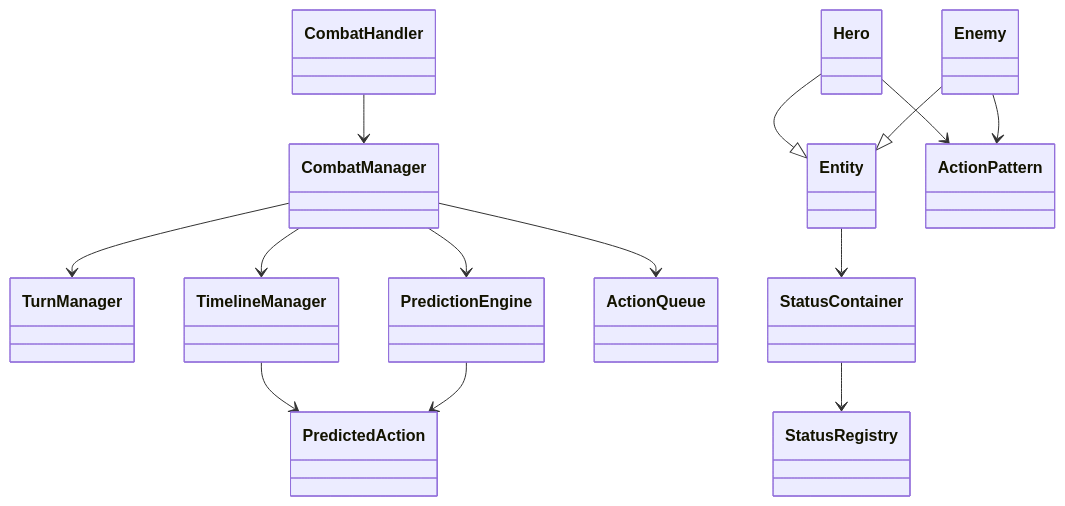
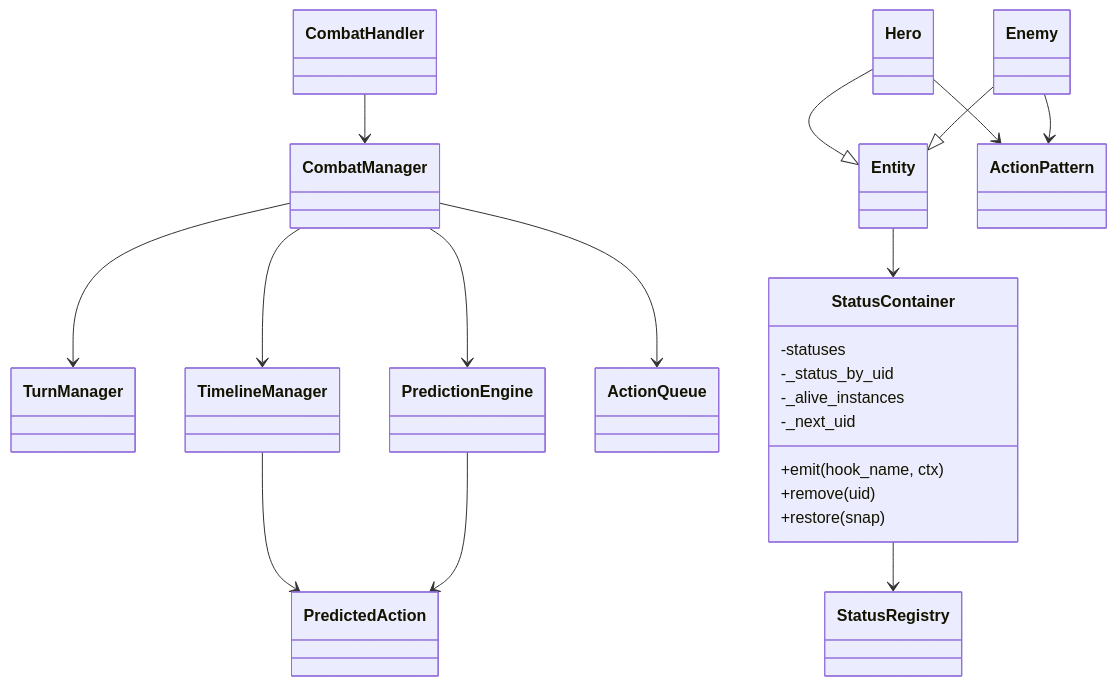
The fourth of 6 diagrams in CLASS_DIAGRAM.md (rlatndud9090/frdy), drawn with Mermaid before and after one commit. The commit also changed other lines of this file, not shown here.

Commit message:
docs(combat): StatusContainer 불변식 문서화

````diff
--- a/CLASS_DIAGRAM.md
+++ b/CLASS_DIAGRAM.md
@@ -98,32 +98,40 @@
 ```mermaid
 classDiagram
   class CombatHandler
   class CombatManager
   class TurnManager
   class TimelineManager
   class PredictionEngine
   class PredictedAction
   class ActionQueue
   class Entity
   class Hero
   class Enemy
   class ActionPattern
-  class StatusContainer
+  class StatusContainer {
+    -statuses
+    -_status_by_uid
+    -_alive_instances
+    -_next_uid
+    +emit(hook_name, ctx)
+    +remove(uid)
+    +restore(snap)
+  }
   class StatusRegistry
 
   CombatHandler --> CombatManager
   CombatManager --> TurnManager
   CombatManager --> TimelineManager
   CombatManager --> PredictionEngine
   CombatManager --> ActionQueue
 
   TimelineManager --> PredictedAction
   PredictionEngine --> PredictedAction
 
   Hero --|> Entity
   Enemy --|> Entity
   Entity --> StatusContainer
   StatusContainer --> StatusRegistry
   Hero --> ActionPattern
   Enemy --> ActionPattern
 ```
````
